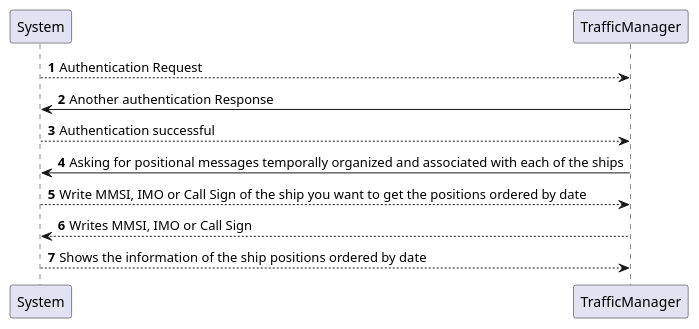
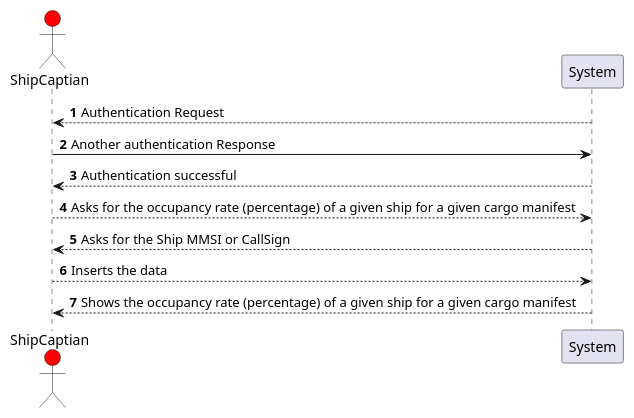
The diagram in Docs/Sprint2/US208/ssd.puml (LourencoMelo/ISEP-LAPR3-ESINF), drawn with PlantUML before and after one commit. The commit also changed 5 other files, not shown here.

```diff
--- a/Docs/Sprint2/US208/ssd.puml
+++ b/Docs/Sprint2/US208/ssd.puml
@@ -1,10 +1,14 @@
 @startuml
+
 autonumber
-System --> TrafficManager: Authentication Request
-TrafficManager -> System : Another authentication Response
-System --> TrafficManager : Authentication successful
-TrafficManager-> System : Asking for positional messages temporally organized and associated with each of the ships
-System --> TrafficManager : Write MMSI, IMO or Call Sign of the ship you want to get the positions ordered by date
-TrafficManager --> System : Writes MMSI, IMO or Call Sign
-System --> TrafficManager : Shows the information of the ship positions ordered by date
+
+actor ShipCaptian #red
+
+System --> ShipCaptian: Authentication Request
+ShipCaptian -> System : Another authentication Response
+System --> ShipCaptian : Authentication successful
+ShipCaptian --> System : Asks for the occupancy rate (percentage) of a given ship for a given cargo manifest
+System --> ShipCaptian : Asks for the Ship MMSI or CallSign
+ShipCaptian --> System : Inserts the data
+System --> ShipCaptian : Shows the occupancy rate (percentage) of a given ship for a given cargo manifest
 @enduml
```
